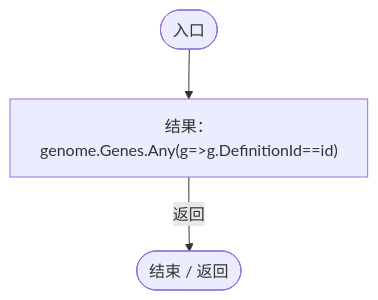
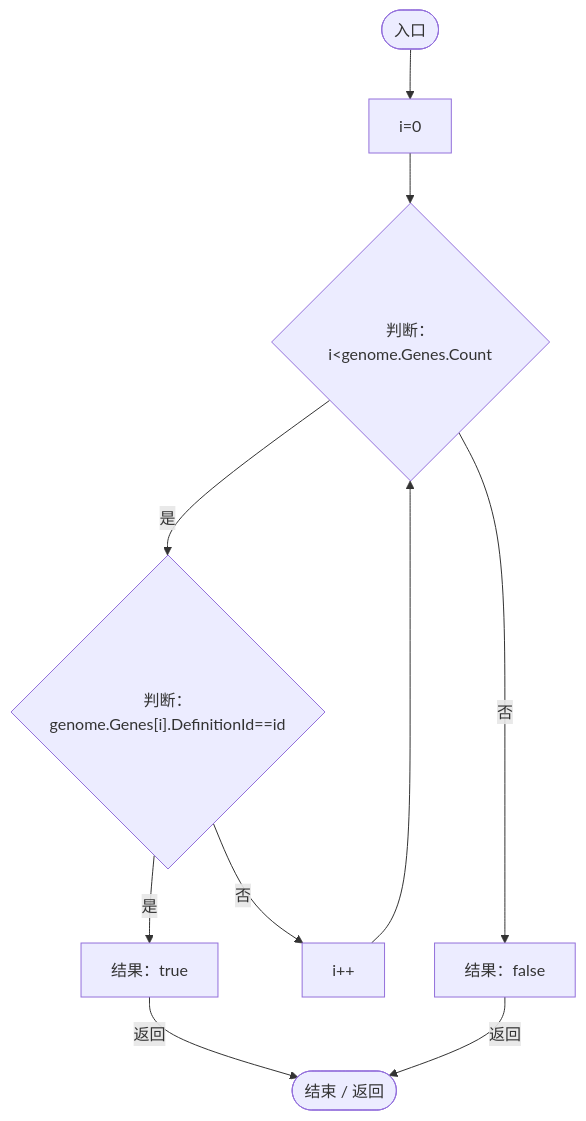
One commit to xhs6666/Darwin_paradise changed the seventh of 34 diagrams in Docs/运行流程图/脚本/923ccc4e86c4786c.md. Above: the diagram before and after it, drawn with Mermaid. The commit also changed other lines of this file and 167 other files, not shown here.

````diff
--- a/Docs/运行流程图/脚本/923ccc4e86c4786c.md
+++ b/Docs/运行流程图/脚本/923ccc4e86c4786c.md
@@ -319,9 +335,21 @@
 ```mermaid
 flowchart TD
   b0(["入口"])
-  b1["结果：genome.Genes.Any(g=&gt;g.DefinitionId==id)"]
-  b2(["结束 / 返回"])
+  b1["i=0"]
+  b2{"判断：i&lt;genome.Genes.Count"}
+  b3{"判断：genome.Genes[i].DefinitionId==id"}
+  b4["结果：true"]
+  b5["i++"]
+  b6["结果：false"]
+  b7(["结束 / 返回"])
   b0 --> b1
-  b1 -->|"返回"| b2
+  b1 --> b2
+  b2 -->|"是"| b3
+  b2 -->|"否"| b6
+  b3 -->|"是"| b4
+  b3 -->|"否"| b5
+  b4 -->|"返回"| b7
+  b5 --> b2
+  b6 -->|"返回"| b7
 
 ```
````
